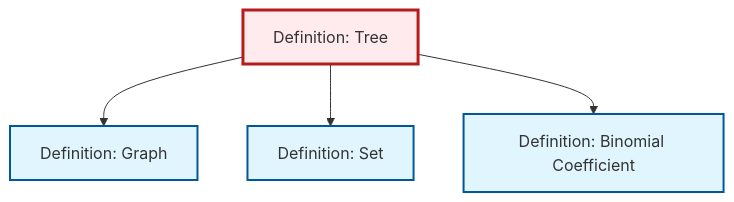
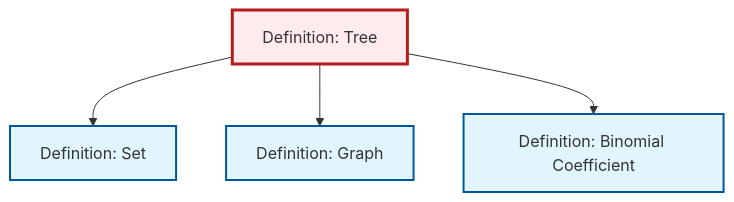
One commit to RK0429/ModernMath changed the diagram in content/ja/combinatorics/def-tree.qmd. Above: the diagram before and after it, drawn with Mermaid. The commit also changed other lines of this file and 554 other files, not shown here.

````diff
--- a/content/ja/combinatorics/def-tree.qmd
+++ b/content/ja/combinatorics/def-tree.qmd
@@ -137,20 +137,20 @@
 ```{mermaid}
 %%| fig-cap: "Local dependency graph"
 graph TD
     classDef definition fill:#e1f5fe,stroke:#01579b,stroke-width:2px
     classDef theorem fill:#f3e5f5,stroke:#4a148c,stroke-width:2px
     classDef axiom fill:#fff3e0,stroke:#e65100,stroke-width:2px
     classDef example fill:#e8f5e9,stroke:#1b5e20,stroke-width:2px
     classDef current fill:#ffebee,stroke:#b71c1c,stroke-width:3px
+    def-set["Definition: Set"]:::definition
     def-tree["Definition: Tree"]:::definition
+    def-binomial-coefficient["Definition: Binomial Coefficient"]:::definition
     def-graph["Definition: Graph"]:::definition
-    def-set["Definition: Set"]:::definition
-    def-binomial-coefficient["Definition: Binomial Coefficient"]:::definition
+    def-tree --> def-set
     def-tree --> def-graph
-    def-tree --> def-set
     def-tree --> def-binomial-coefficient
     class def-tree current
-    click def-graph "def-graph.html" "Definition: Graphへ"
     click def-set "def-set.html" "Definition: Setへ"
     click def-binomial-coefficient "def-binomial-coefficient.html" "Definition: Binomial Coefficientへ"
+    click def-graph "def-graph.html" "Definition: Graphへ"
 ```
````
